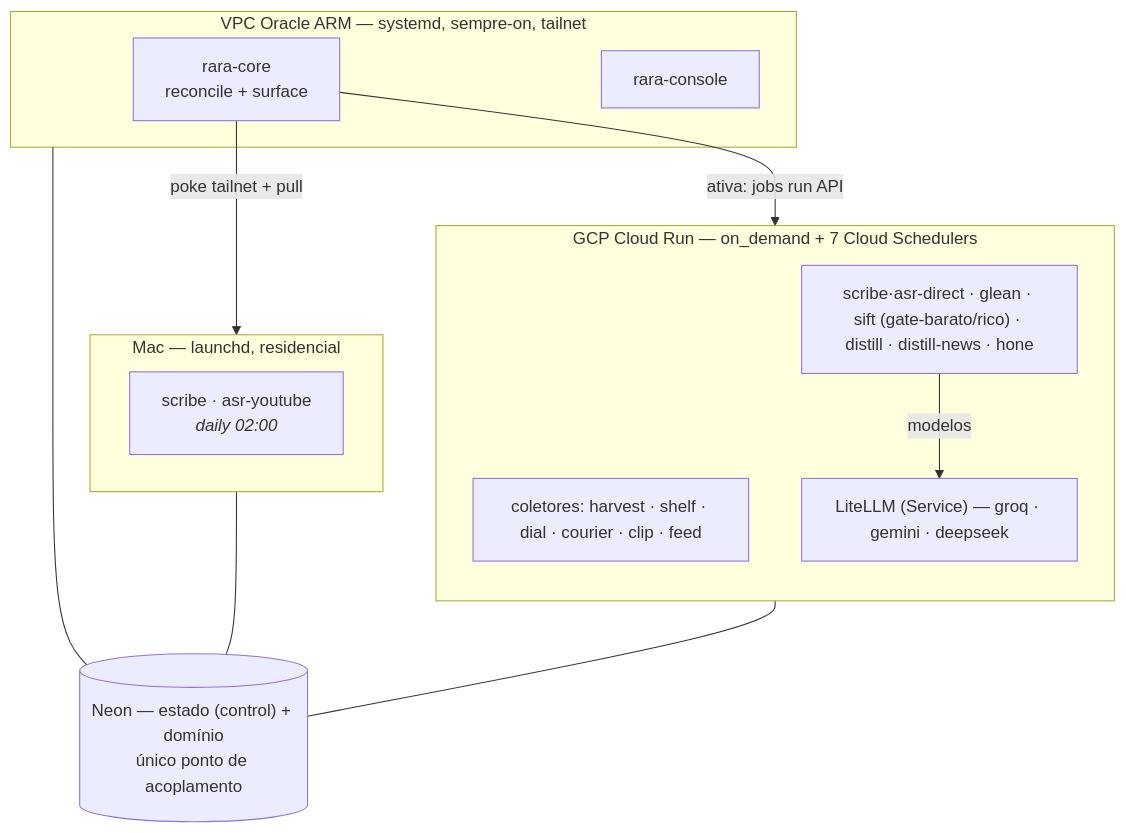
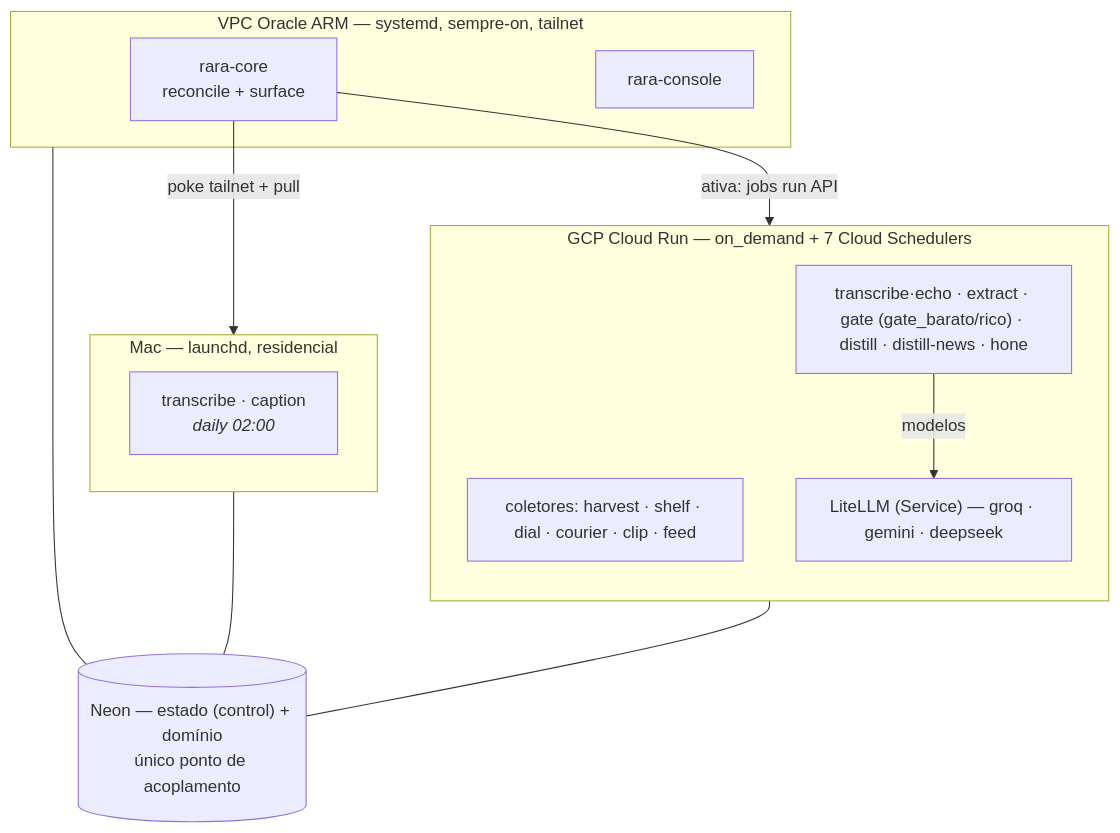
Before and after one commit to renatobardi/rara: the second of 3 diagrams in PIECES.mermaid.md, drawn with Mermaid. The commit also changed other lines of this file and 22 other files, not shown here.

````diff
--- a/PIECES.mermaid.md
+++ b/PIECES.mermaid.md
@@ -63,24 +63,24 @@
 ```mermaid
 flowchart TB
   subgraph VPC["VPC Oracle ARM — systemd, sempre-on, tailnet"]
     CORE["rara-core<br/>reconcile + surface"]
     CONS["rara-console"]
   end
   subgraph MAC["Mac — launchd, residencial"]
-    SCY["scribe · asr-youtube<br/><i>daily 02:00</i>"]
+    SCY["transcribe · caption<br/><i>daily 02:00</i>"]
   end
   subgraph CR["GCP Cloud Run — on_demand + 7 Cloud Schedulers"]
     direction TB
     COLs["coletores: harvest · shelf · dial · courier · clip · feed"]
-    WRK["scribe·asr-direct · glean · sift (gate-barato/rico) · distill · distill-news · hone"]
+    WRK["transcribe·echo · extract · gate (gate_barato/rico) · distill · distill-news · hone"]
     LL["LiteLLM (Service) — groq · gemini · deepseek"]
   end
   NEON[("Neon — estado (control) + domínio<br/>único ponto de acoplamento")]
 
   CORE -->|ativa: jobs run API| CR
   CORE -->|poke tailnet + pull| MAC
   VPC --- NEON
   MAC --- NEON
   CR --- NEON
   WRK -->|modelos| LL
 ```
````
